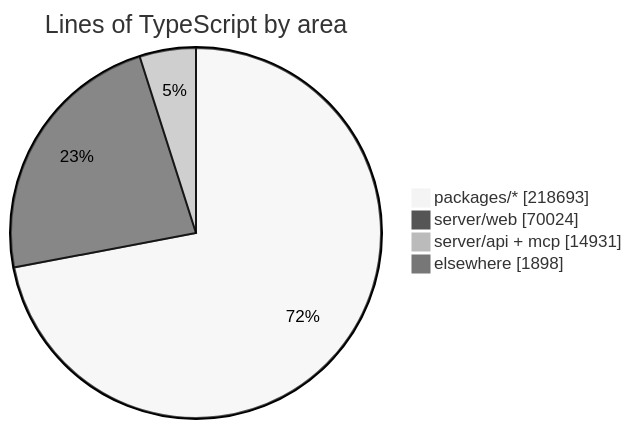
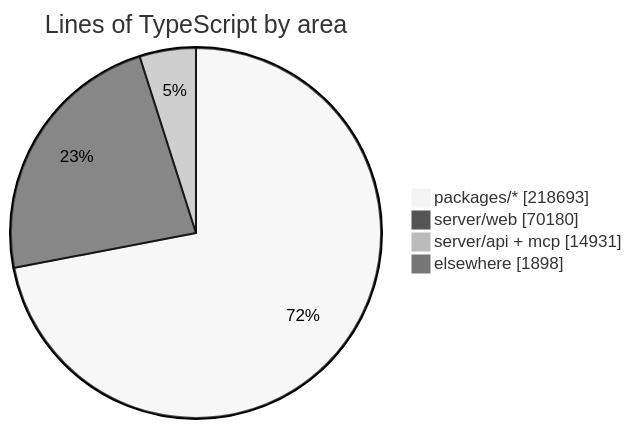
Before and after one commit to crossworks-engineering/mantle: the diagram in README.md, drawn with Mermaid (neutral theme). The commit also changed other lines of this file and 2 other files, not shown here.

````diff
--- a/README.md
+++ b/README.md
@@ -287,7 +287,7 @@
 ```mermaid
 pie showData title Lines of TypeScript by area
     "packages/*" : 218693
-    "server/web" : 70024
+    "server/web" : 70180
     "server/api + mcp" : 14931
     "elsewhere" : 1898
 ```
````
